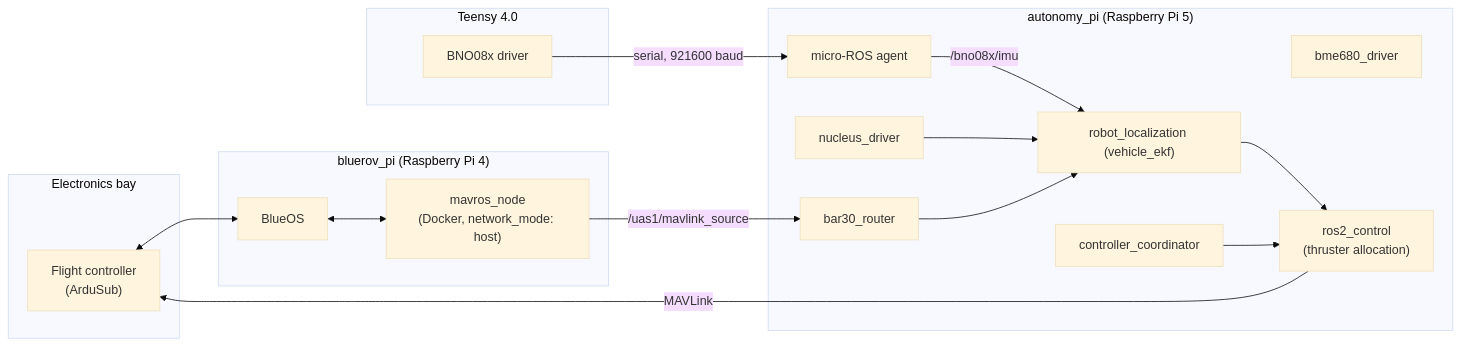
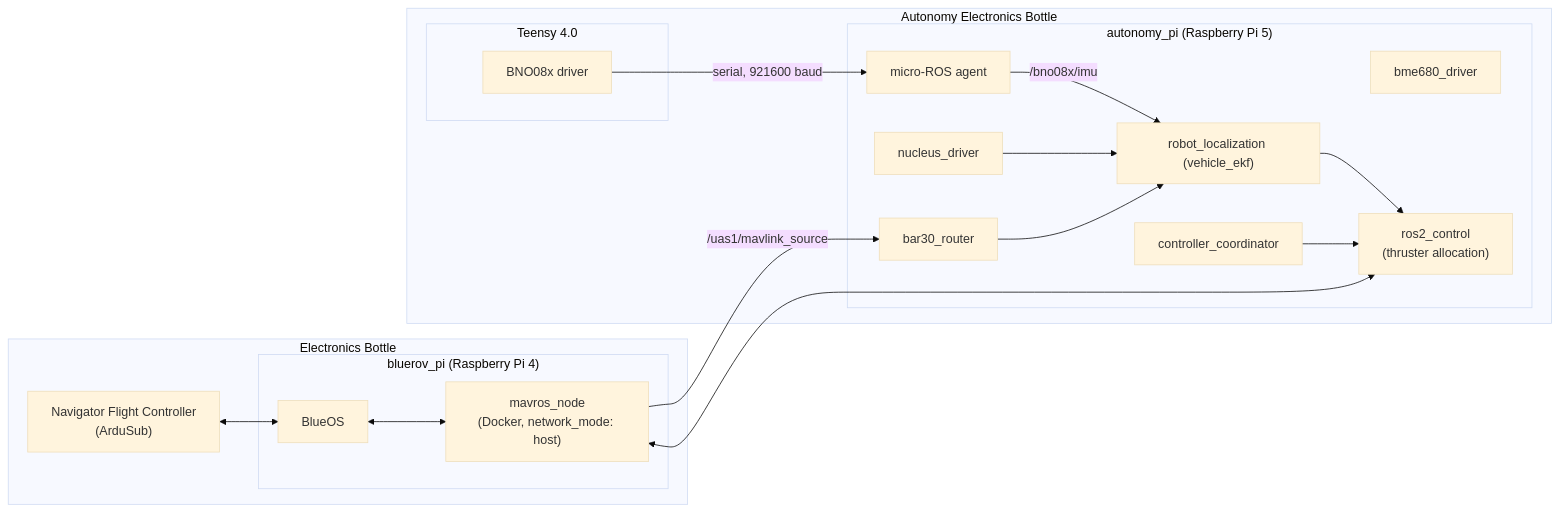
One commit to Robotic-Decision-Making-Lab/RDML_BlueROV2_Deployment changed the diagram in README.md. Above: the diagram before and after it, drawn with Mermaid (base theme). The commit also changed other lines of this file and 1 other file, not shown here.

````diff
--- a/README.md
+++ b/README.md
@@ -48,36 +44,38 @@
 ```mermaid
 flowchart LR
-    subgraph Electronics["Electronics bay"]
-        FC["Flight controller\n(ArduSub)"]
+    subgraph ElectronicsBottle["Electronics Bottle"]
+        FC["Navigator Flight Controller\n(ArduSub)"]
+
+        subgraph BlueROVPi["bluerov_pi (Raspberry Pi 4)"]
+            BlueOS["BlueOS"]
+            MAVROS["mavros_node\n(Docker, network_mode: host)"]
+        end
     end
 
-    subgraph BlueROVPi["bluerov_pi (Raspberry Pi 4)"]
-        BlueOS["BlueOS"]
-        MAVROS["mavros_node\n(Docker, network_mode: host)"]
-    end
+    subgraph AutonomyBottle["Autonomy Electronics Bottle"]
+        subgraph AutonomyPi["autonomy_pi (Raspberry Pi 5)"]
+            Agent["micro-ROS agent"]
+            Bar30["bar30_router"]
+            DVL["nucleus_driver"]
+            BME["bme680_driver"]
+            EKF["robot_localization (vehicle_ekf)"]
+            RC["ros2_control\n(thruster allocation)"]
+            Coord["controller_coordinator"]
+        end
 
-    subgraph AutonomyPi["autonomy_pi (Raspberry Pi 5)"]
-        Agent["micro-ROS agent"]
-        Bar30["bar30_router"]
-        DVL["nucleus_driver"]
-        BME["bme680_driver"]
-        EKF["robot_localization (vehicle_ekf)"]
-        RC["ros2_control\n(thruster allocation)"]
-        Coord["controller_coordinator"]
-    end
-
-    subgraph Teensy["Teensy 4.0"]
-        IMU["BNO08x driver"]
+        subgraph Teensy["Teensy 4.0"]
+            IMU["BNO08x driver"]
+        end
     end
 
     FC <--> BlueOS
     BlueOS <--> MAVROS
     MAVROS -- "/uas1/mavlink_source" --> Bar30
     IMU -- "serial, 921600 baud" --> Agent
     Agent -- "/bno08x/imu" --> EKF
     DVL --> EKF
     Bar30 --> EKF
     EKF --> RC
     Coord --> RC
-    RC -- MAVLink --> FC
+    RC <--> MAVROS
 ```
````
